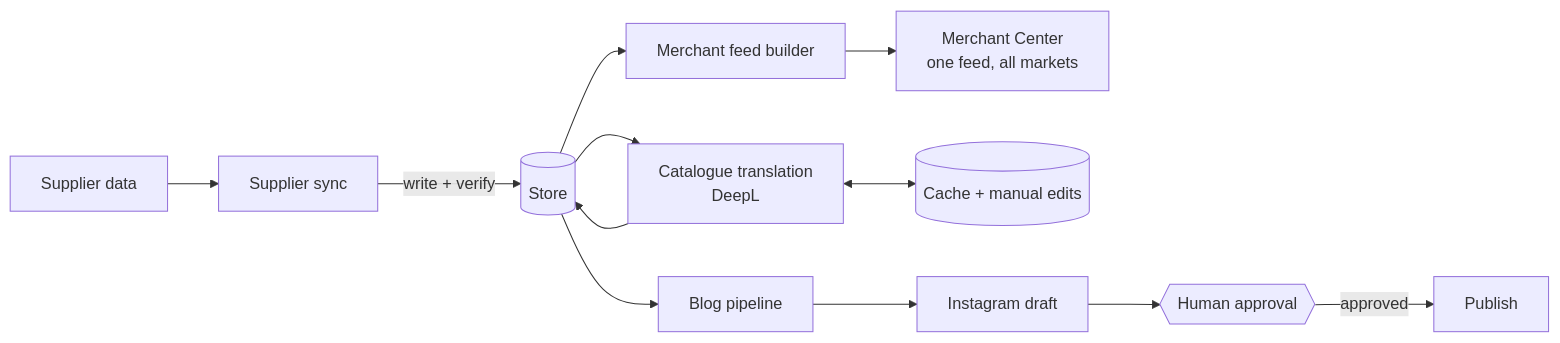
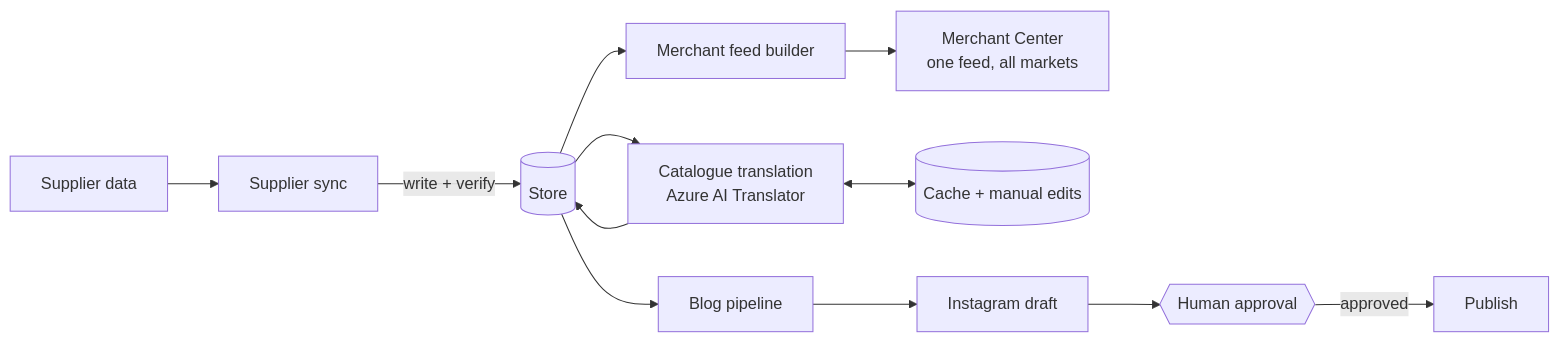
One commit to drostark/ai-ecommerce-pipelines changed the diagram in README.md. Above: the diagram before and after it, drawn with Mermaid. The commit also changed other lines of this file, not shown here.

First line of the commit message:
Change translation service from DeepL to Azure AI Translator

````diff
--- a/README.md
+++ b/README.md
@@ -15,14 +15,14 @@
 ```mermaid
 flowchart LR
     S[Supplier data] --> SYNC[Supplier sync]
     SYNC -->|write + verify| SHOP[(Store)]
     SHOP --> FEED[Merchant feed builder]
     FEED --> MC[Merchant Center<br/>one feed, all markets]
-    SHOP --> TR[Catalogue translation<br/>DeepL]
+    SHOP --> TR[Catalogue translation<br/>Azure AI Translator]
     TR <--> CACHE[(Cache + manual edits)]
     TR --> SHOP
     SHOP --> BLOG[Blog pipeline]
     BLOG --> IG[Instagram draft]
     IG --> GATE{{Human approval}}
     GATE -->|approved| PUB[Publish]
 ```
````
